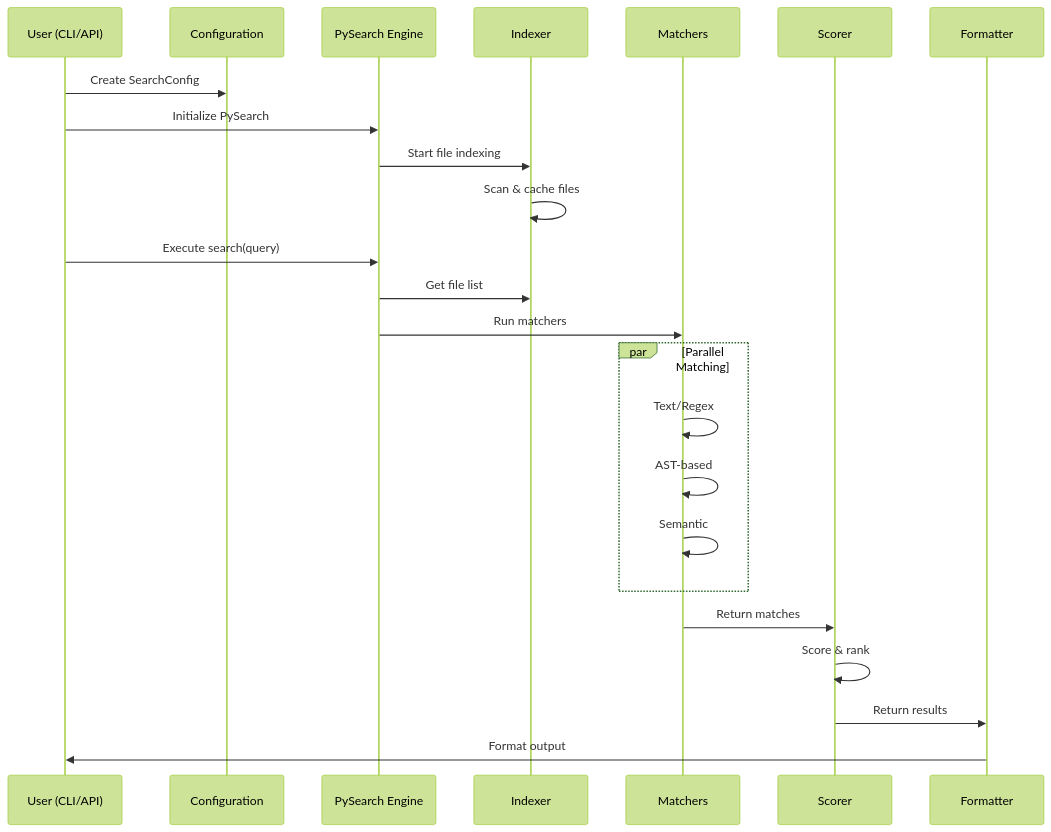
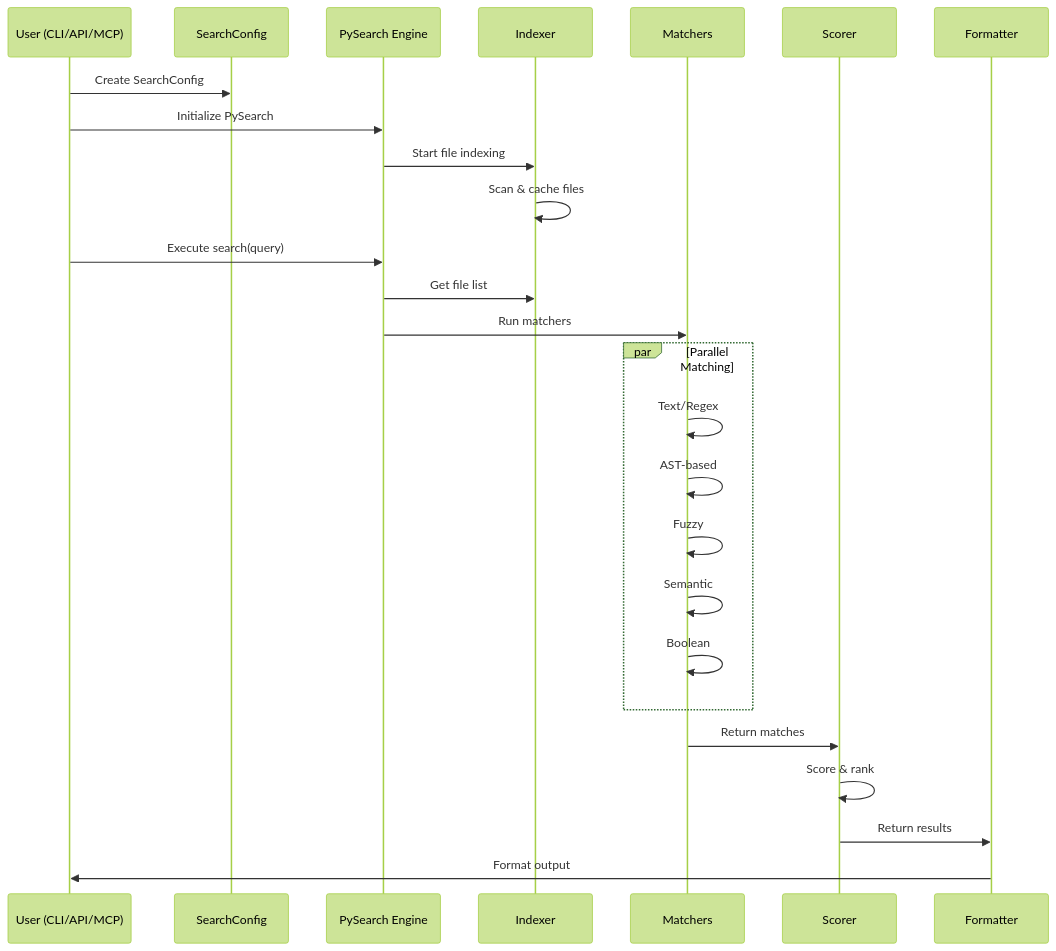
Before and after one commit to AstroAir/code-extractor: the second of 2 diagrams in CLAUDE.md, drawn with Mermaid (forest theme). The commit also changed other lines of this file and 200 other files, not shown here.

````diff
--- a/CLAUDE.md
+++ b/CLAUDE.md
@@ -83,30 +90,32 @@
 ```mermaid
 sequenceDiagram
-    participant U as User (CLI/API)
-    participant C as Configuration
+    participant U as User (CLI/API/MCP)
+    participant C as SearchConfig
     participant P as PySearch Engine
     participant I as Indexer
     participant M as Matchers
     participant S as Scorer
     participant F as Formatter
 
     U->>C: Create SearchConfig
     U->>P: Initialize PySearch
     P->>I: Start file indexing
     I->>I: Scan & cache files
 
     U->>P: Execute search(query)
     P->>I: Get file list
     P->>M: Run matchers
 
     par Parallel Matching
         M->>M: Text/Regex
         M->>M: AST-based
+        M->>M: Fuzzy
         M->>M: Semantic
+        M->>M: Boolean
     end
 
     M->>S: Return matches
     S->>S: Score & rank
     S->>F: Return results
     F->>U: Format output
 ```
````
